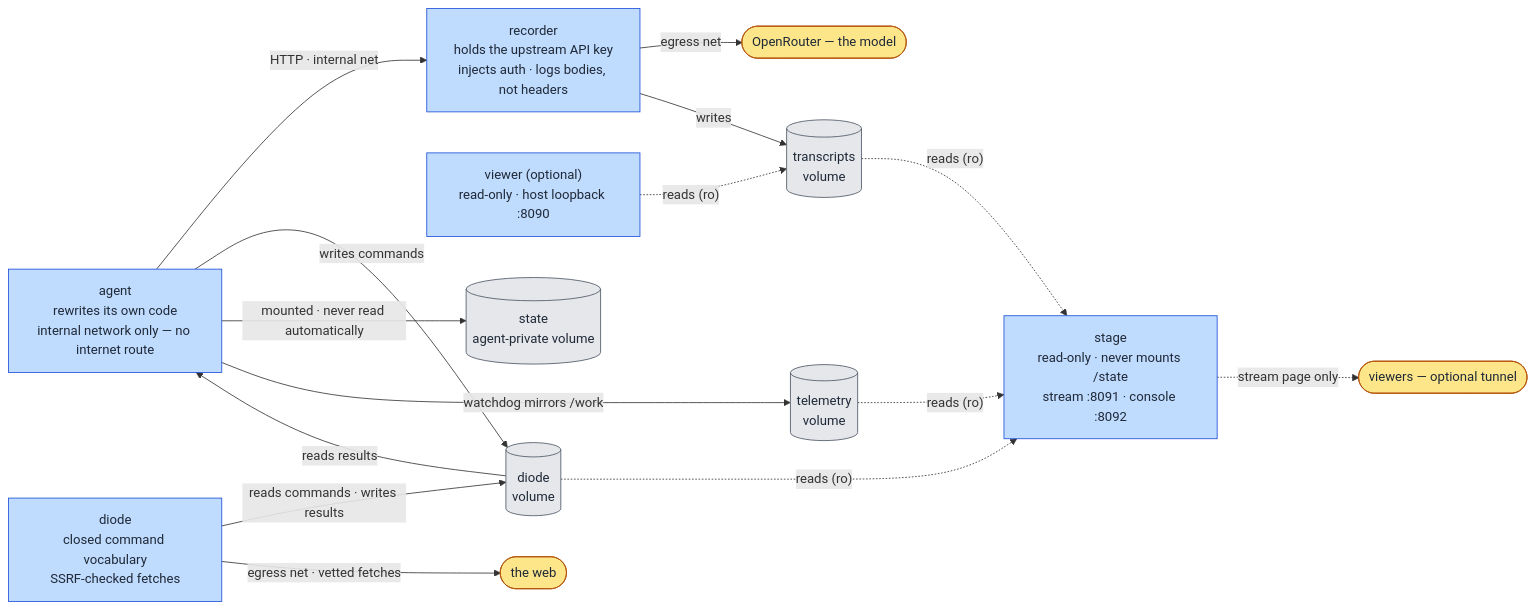
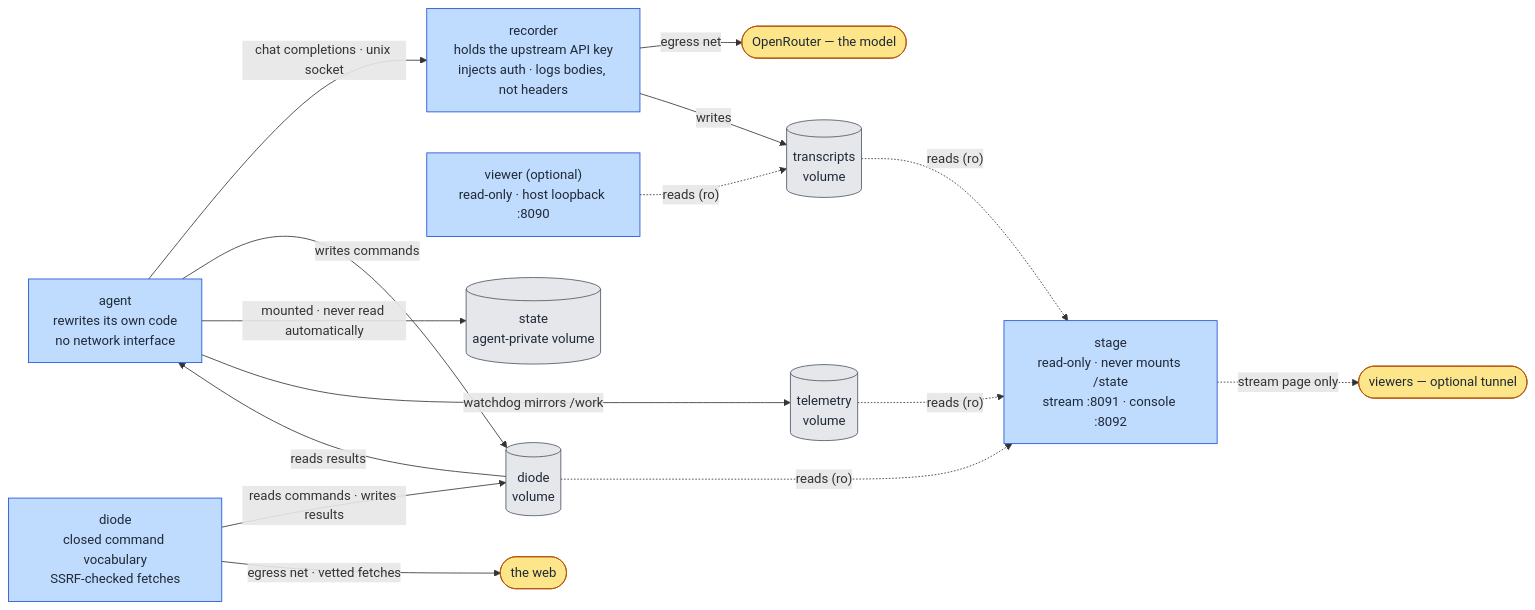
One commit to tachyon-beep/aurora changed the diagram in README.md. Above: the diagram before and after it, drawn with Mermaid. The commit also changed other lines of this file and 3 other files, not shown here.

First line of the commit message:
docs: state the agent's containment as absence of a network interface

````diff
--- a/README.md
+++ b/README.md
@@ -38,41 +38,41 @@
 ```mermaid
 flowchart LR
-    agent["agent<br/>rewrites its own code<br/>internal network only — no internet route"]
+    agent["agent<br/>rewrites its own code<br/>no network interface"]
     recorder["recorder<br/>holds the upstream API key<br/>injects auth · logs bodies, not headers"]
     diode["diode<br/>closed command vocabulary<br/>SSRF-checked fetches"]
     viewer["viewer (optional)<br/>read-only · host loopback :8090"]
     stage["stage<br/>read-only · never mounts /state<br/>stream :8091 · console :8092"]
 
     tvol[("transcripts<br/>volume")]
     dvol[("diode<br/>volume")]
     svol[("state<br/>agent-private volume")]
     mvol[("telemetry<br/>volume")]
 
     model(["OpenRouter — the model"])
     web(["the web"])
     audience(["viewers — optional tunnel"])
 
-    agent -- "HTTP · internal net" --> recorder
+    agent -- "chat completions · unix socket" --> recorder
     recorder -- "egress net" --> model
     recorder -- "writes" --> tvol
     viewer -. "reads (ro)" .-> tvol
 
     agent -- "writes commands" --> dvol
     dvol -- "reads results" --> agent
     diode -- "reads commands · writes results" --> dvol
     diode -- "egress net · vetted fetches" --> web
     agent -- "mounted · never read automatically" --> svol
 
     agent -- "watchdog mirrors /work" --> mvol
     mvol -. "reads (ro)" .-> stage
     tvol -. "reads (ro)" .-> stage
     dvol -. "reads (ro)" .-> stage
     stage -. "stream page only" .-> audience
 
     classDef external fill:#fde68a,stroke:#b45309,color:#1f2937;
     classDef contained fill:#bfdbfe,stroke:#1d4ed8,color:#1f2937;
     classDef vol fill:#e5e7eb,stroke:#4b5563,color:#1f2937;
     class model,web,audience external;
     class agent,recorder,diode,viewer,stage contained;
     class tvol,dvol,svol,mvol vol;
 ```
````
